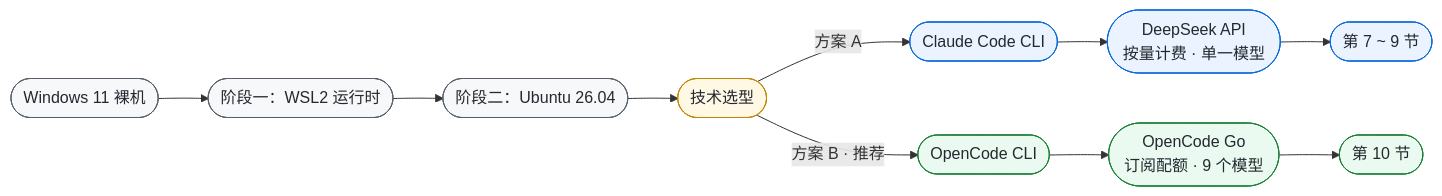
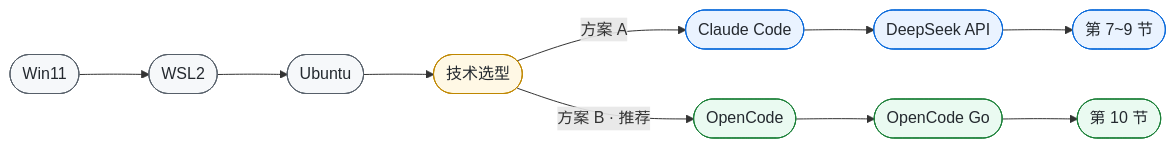
Before and after one commit to QianRongAn/wsl2-ubuntu-ai-coding-setup: the diagram in README.md, drawn with Mermaid. The commit also changed other lines of this file, not shown here.

Commit message:
docs: simplify selection diagram (shorter labels, larger font, curved edges)

````diff
--- a/README.md
+++ b/README.md
@@ -74,25 +74,26 @@
 ```mermaid
+%%{init: {"themeVariables": {"fontSize": "16px"}, "flowchart": {"nodeSpacing": 50, "rankSpacing": 70, "curve": "basis"}}}%%
 flowchart LR
-    START(["Windows 11 裸机"]) --> WSL(["阶段一：WSL2 运行时"])
-    WSL --> UB(["阶段二：Ubuntu 26.04"])
+    START(["Win11"]) --> WSL(["WSL2"])
+    WSL --> UB(["Ubuntu"])
     UB --> SEL(["技术选型"])
 
-    SEL -->|"方案 A"| A1(["Claude Code CLI"])
-    SEL -->|"方案 B · 推荐"| B1(["OpenCode CLI"])
+    SEL -->|"方案 A"| A1(["Claude Code"])
+    SEL -->|"方案 B · 推荐"| B1(["OpenCode"])
 
-    A1 --> A2(["DeepSeek API<br/>按量计费 · 单一模型"])
-    B1 --> B2(["OpenCode Go<br/>订阅配额 · 9 个模型"])
+    A1 --> A2(["DeepSeek API"])
+    B1 --> B2(["OpenCode Go"])
 
-    A2 --> A3(["第 7 ~ 9 节"])
+    A2 --> A3(["第 7~9 节"])
     B2 --> B3(["第 10 节"])
 
     classDef base fill:#f6f8fa,stroke:#57606a,color:#24292f
     classDef pick fill:#fff8e5,stroke:#bf8700,color:#24292f
     classDef a fill:#eaf3ff,stroke:#0969da,color:#24292f
     classDef b fill:#eafaf1,stroke:#1a7f37,color:#24292f
 
     class START,WSL,UB base
     class SEL pick
     class A1,A2,A3 a
     class B1,B2,B3 b
 ```
````
